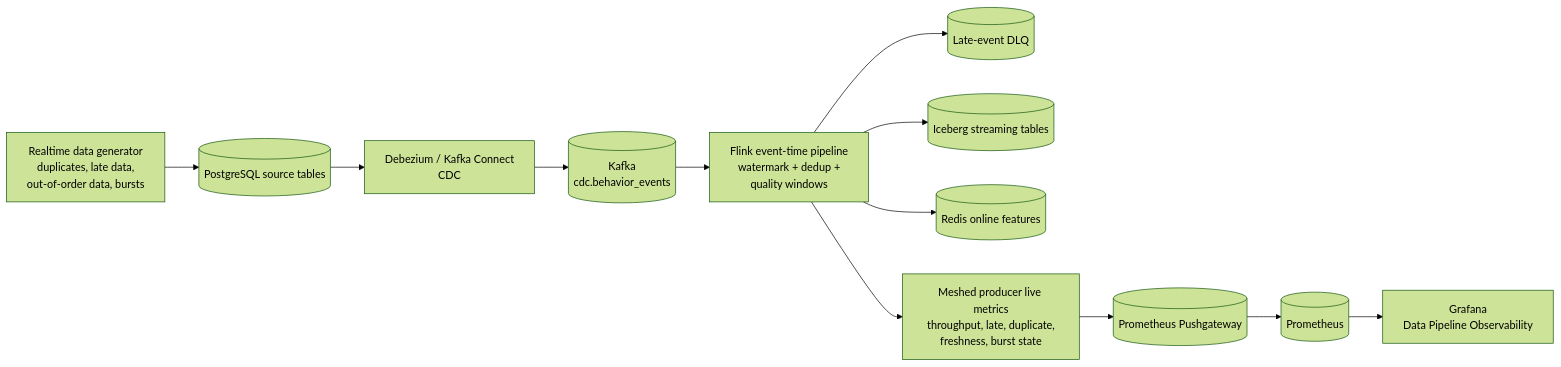
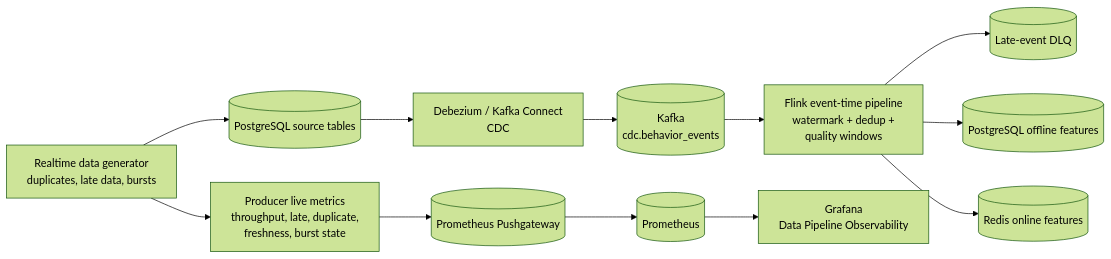
The first of 3 diagrams in docs/submission/rubic-(mini-coursework)/novel_ideas.md (itsmekhoathekid/RecSys-MLops), drawn with Mermaid (forest theme) before and after one commit. The commit also changed other lines of this file and 89 other files, not shown here.

````diff
--- a/docs/submission/rubic-(mini-coursework)/novel_ideas.md
+++ b/docs/submission/rubic-(mini-coursework)/novel_ideas.md
@@ -18,21 +18,21 @@
 ```mermaid
 flowchart LR
-    GEN["Realtime data generator<br/>duplicates, late data,<br/>out-of-order data, bursts"]
+    GEN["Realtime data generator<br/>duplicates, late data, bursts"]
     PG[("PostgreSQL source tables")]
     CDC["Debezium / Kafka Connect<br/>CDC"]
     KAFKA[("Kafka<br/>cdc.behavior_events")]
     FLINK["Flink event-time pipeline<br/>watermark + dedup +<br/>quality windows"]
     DLQ[("Late-event DLQ")]
-    ICE[("Iceberg streaming tables")]
+    OFFLINE[("PostgreSQL offline features")]
     REDIS[("Redis online features")]
-    METRICS["Meshed producer live metrics<br/>throughput, late, duplicate,<br/>freshness, burst state"]
+    METRICS["Producer live metrics<br/>throughput, late, duplicate,<br/>freshness, burst state"]
     PUSH[("Prometheus Pushgateway")]
     PROM[("Prometheus")]
     GRAFANA["Grafana<br/>Data Pipeline Observability"]
 
     GEN --> PG --> CDC --> KAFKA --> FLINK
     FLINK --> DLQ
-    FLINK --> ICE
+    FLINK --> OFFLINE
     FLINK --> REDIS
-    FLINK --> METRICS --> PUSH --> PROM --> GRAFANA
+    GEN --> METRICS --> PUSH --> PROM --> GRAFANA
 ```
````
